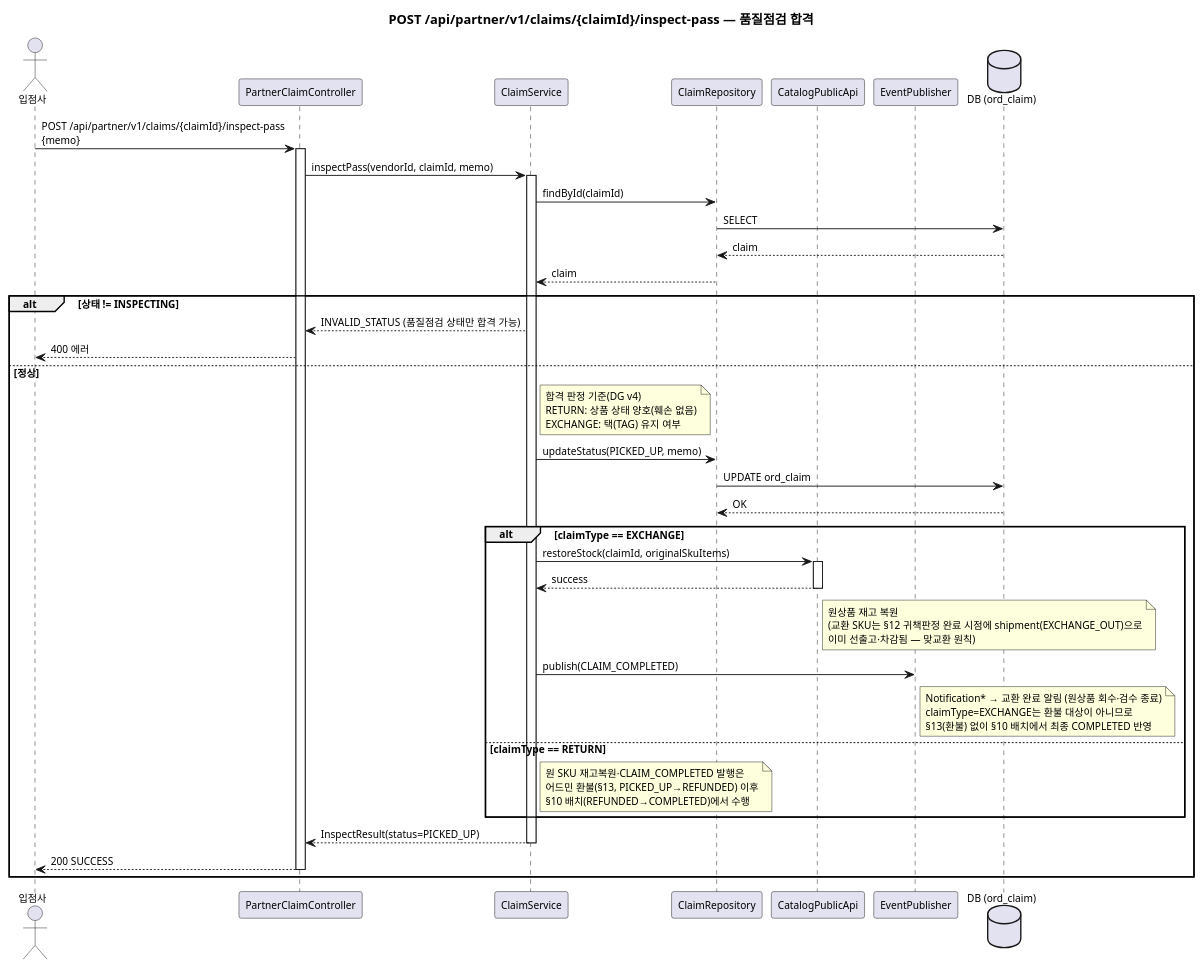
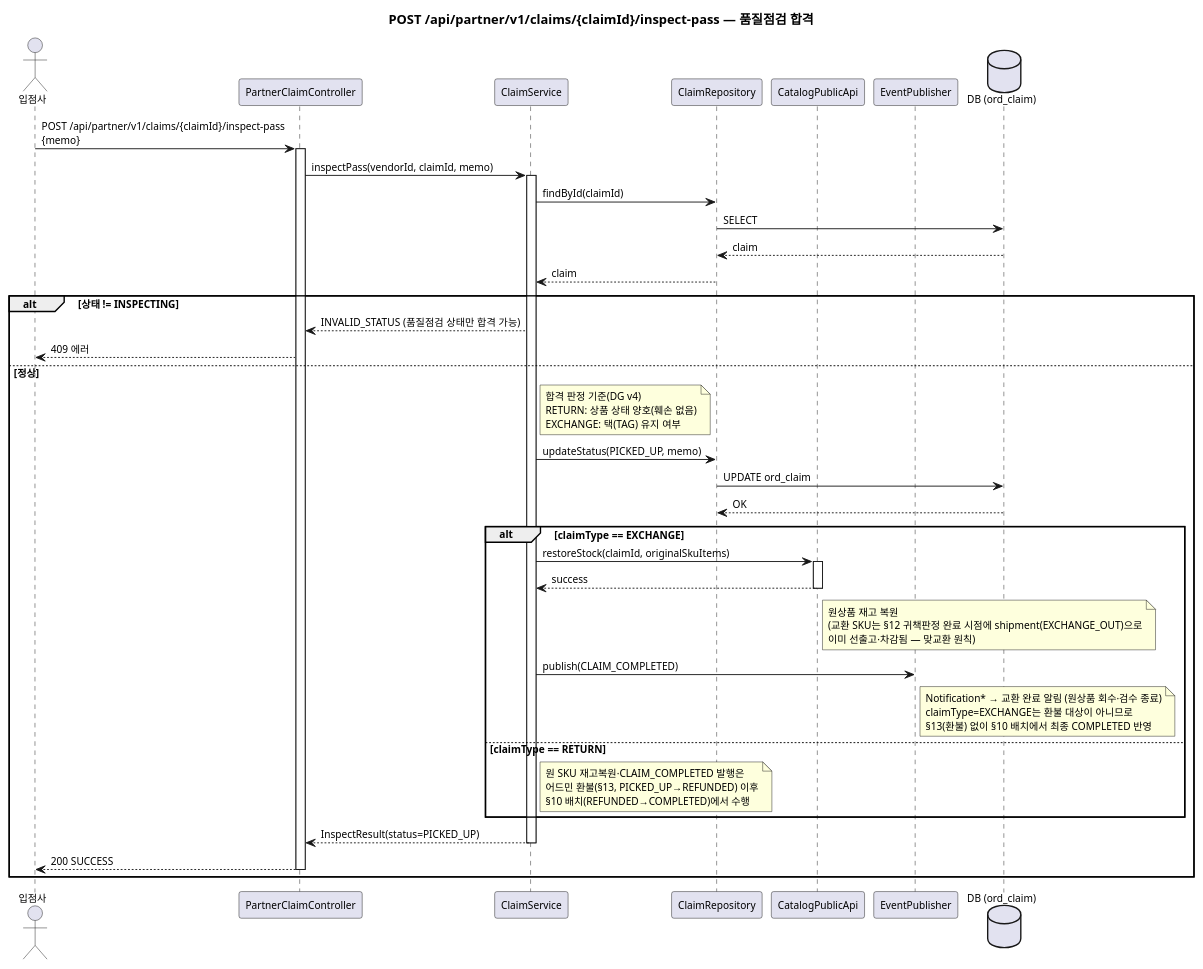
Before and after one commit to parknahyun/runNShop: diagram 17 of 26 in docs/자산화-단계별/S3-상세설계/DM-시퀀스(Order-Payment).md, drawn with PlantUML. The commit also changed other lines of this file and 39 other files, not shown here.

````diff
--- a/docs/자산화-단계별/S3-상세설계/DM-시퀀스(Order-Payment).md
+++ b/docs/자산화-단계별/S3-상세설계/DM-시퀀스(Order-Payment).md
@@ -957,64 +957,64 @@
 ```plantuml
 @startuml
 skinparam backgroundColor transparent
 skinparam defaultFontSize 11
 title POST /api/partner/v1/claims/{claimId}/inspect-pass — 품질점검 합격
 
 actor 입점사 as Partner
 participant "PartnerClaimController" as PCC
 participant "ClaimService" as CS
 participant "ClaimRepository" as CR
 participant "CatalogPublicApi" as CAT
 participant "EventPublisher" as EP
 database "DB (ord_claim)" as DB
 
 Partner -> PCC : POST /api/partner/v1/claims/{claimId}/inspect-pass\n{memo}
 activate PCC
 
 PCC -> CS : inspectPass(vendorId, claimId, memo)
 activate CS
 
 CS -> CR : findById(claimId)
 CR -> DB : SELECT
 DB --> CR : claim
 CR --> CS : claim
 
 alt 상태 != INSPECTING
   CS --> PCC : INVALID_STATUS (품질점검 상태만 합격 가능)
-  PCC --> Partner : 400 에러
+  PCC --> Partner : 409 에러
 else 정상
   note right of CS
     합격 판정 기준(DG v4)
     RETURN: 상품 상태 양호(훼손 없음)
     EXCHANGE: 택(TAG) 유지 여부
   end note
 
   CS -> CR : updateStatus(PICKED_UP, memo)
   CR -> DB : UPDATE ord_claim
   DB --> CR : OK
 
   alt claimType == EXCHANGE
     CS -> CAT : restoreStock(claimId, originalSkuItems)
     activate CAT
     CAT --> CS : success
     deactivate CAT
     note right of CAT: 원상품 재고 복원\n(교환 SKU는 §12 귀책판정 완료 시점에 shipment(EXCHANGE_OUT)으로\n이미 선출고·차감됨 — 맞교환 원칙)
 
     CS -> EP : publish(CLAIM_COMPLETED)
     note right of EP
       Notification* → 교환 완료 알림 (원상품 회수·검수 종료)
       claimType=EXCHANGE는 환불 대상이 아니므로
       §13(환불) 없이 §10 배치에서 최종 COMPLETED 반영
     end note
   else claimType == RETURN
     note right of CS: 원 SKU 재고복원·CLAIM_COMPLETED 발행은\n어드민 환불(§13, PICKED_UP→REFUNDED) 이후\n§10 배치(REFUNDED→COMPLETED)에서 수행
   end
 
   CS --> PCC : InspectResult(status=PICKED_UP)
   deactivate CS
   PCC --> Partner : 200 SUCCESS
   deactivate PCC
 end
 
 @enduml
 ```
````
